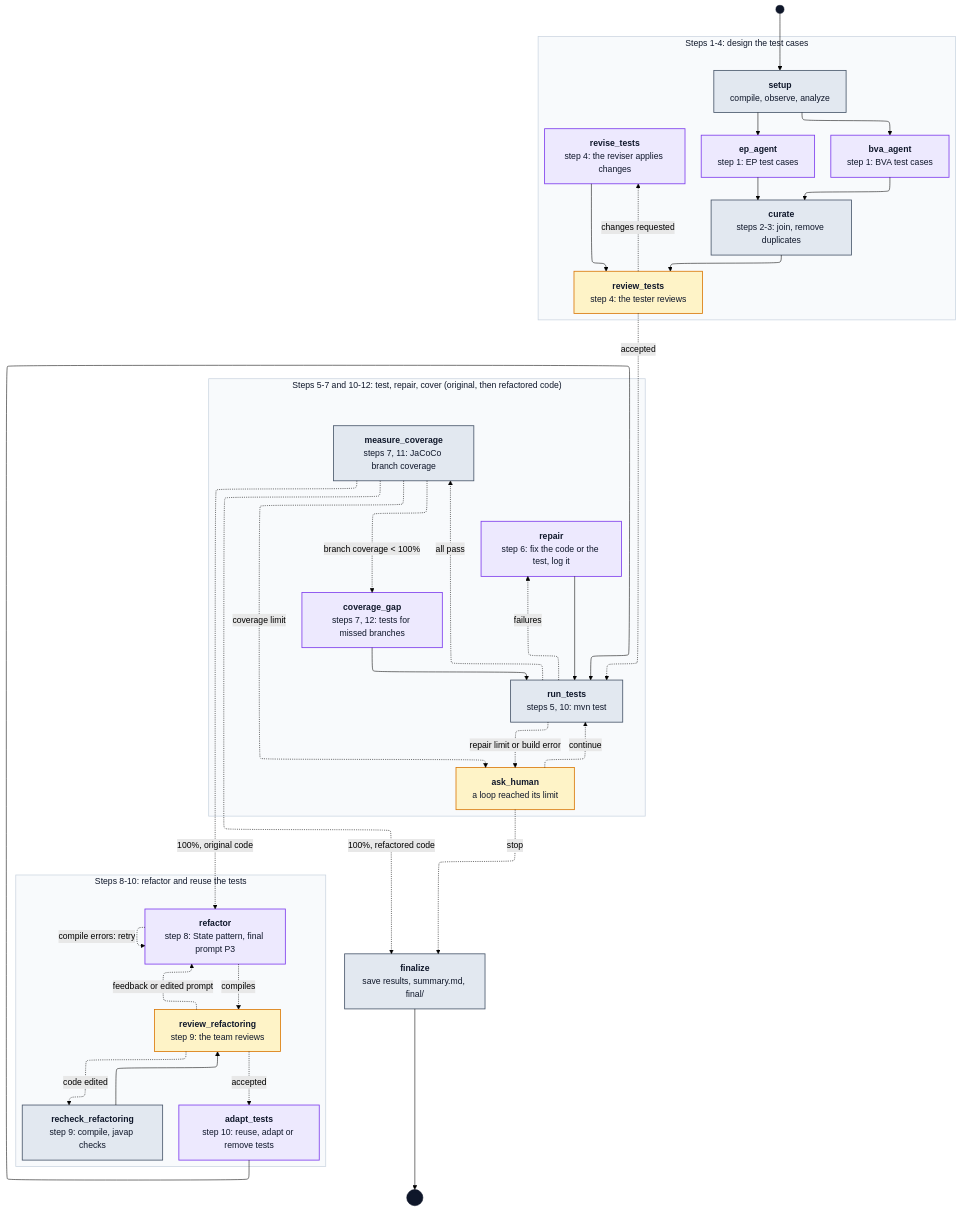
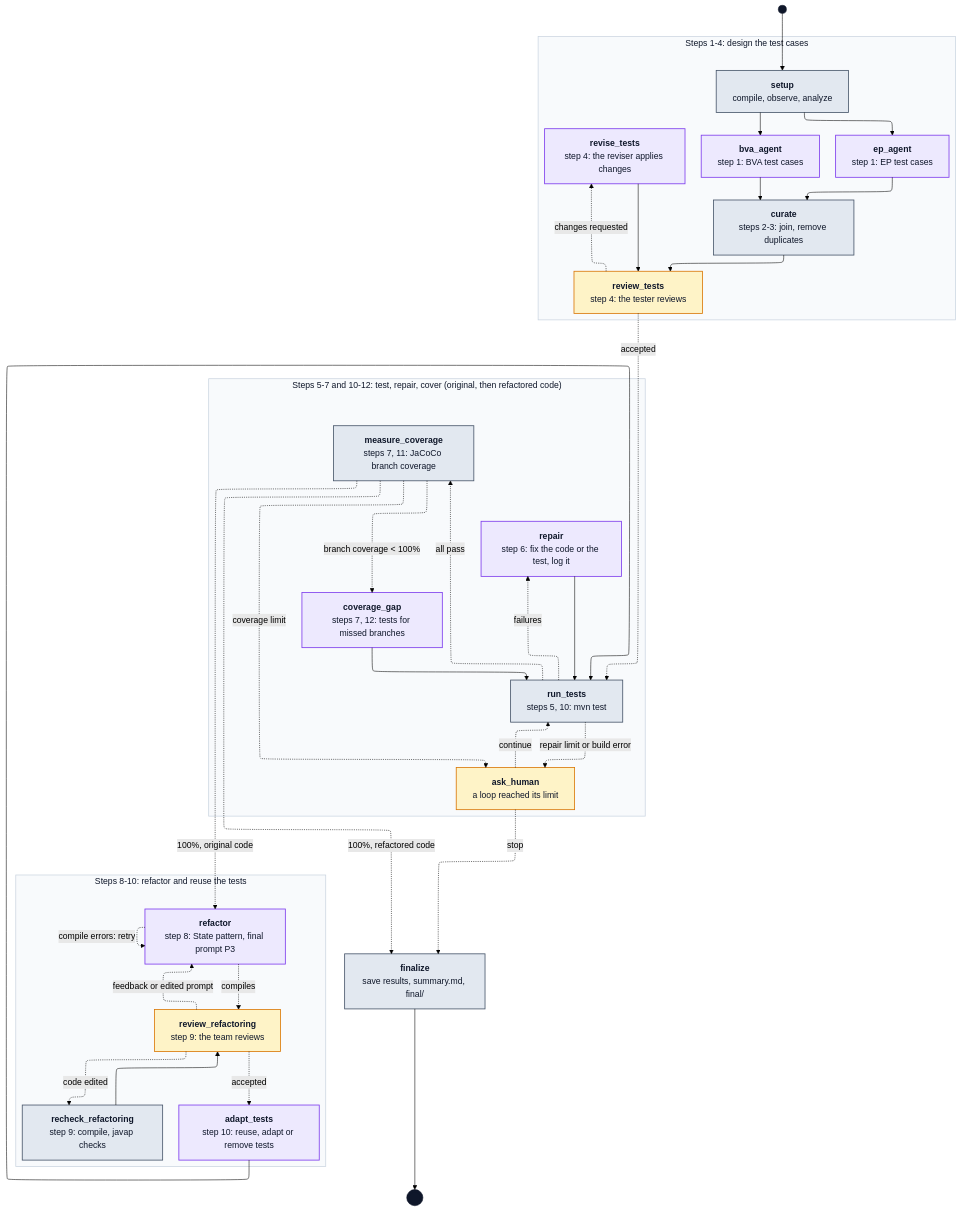
The diagram in docs/diagrams/langgraph.mmd (MangakingO/TA3-Team4-multi-agent-testing), drawn with Mermaid (forest theme) before and after one commit. The commit also changed other lines of this file and 555 other files, not shown here.

```diff
--- a/docs/diagrams/langgraph.mmd
+++ b/docs/diagrams/langgraph.mmd
@@ -1,68 +1,68 @@
 ---
 config:
   layout: elk
 ---
 flowchart TB
     START(( )):::start
     subgraph design["Steps 1-4: design the test cases"]
         direction TB
         setup["<b>setup</b><br/>compile, observe, analyze"]:::tool
         ep_agent["<b>ep_agent</b><br/>step 1: EP test cases"]:::agent
         bva_agent["<b>bva_agent</b><br/>step 1: BVA test cases"]:::agent
         curate["<b>curate</b><br/>steps 2-3: join, remove duplicates"]:::tool
         review_tests["<b>review_tests</b><br/>step 4: the tester reviews"]:::person
         revise_tests["<b>revise_tests</b><br/>step 4: the reviser applies changes"]:::agent
     end
     subgraph test["Steps 5-7 and 10-12: test, repair, cover (original, then refactored code)"]
         direction TB
         run_tests["<b>run_tests</b><br/>steps 5, 10: mvn test"]:::tool
         repair["<b>repair</b><br/>step 6: fix the code or the test, log it"]:::agent
         measure_coverage["<b>measure_coverage</b><br/>steps 7, 11: JaCoCo branch coverage"]:::tool
         coverage_gap["<b>coverage_gap</b><br/>steps 7, 12: tests for missed branches"]:::agent
         ask_human["<b>ask_human</b><br/>a loop reached its limit"]:::person
     end
     subgraph refactoring["Steps 8-10: refactor and reuse the tests"]
         direction TB
         refactor["<b>refactor</b><br/>step 8: State pattern, final prompt P3"]:::agent
         review_refactoring["<b>review_refactoring</b><br/>step 9: the team reviews"]:::person
         recheck_refactoring["<b>recheck_refactoring</b><br/>step 9: compile, javap checks"]:::tool
         adapt_tests["<b>adapt_tests</b><br/>step 10: reuse, adapt or remove tests"]:::agent
     end
     finalize["<b>finalize</b><br/>save results, summary.md, final/"]:::tool
     END((( ))):::stop
     START --> setup
+    setup --> ep_agent
+    setup --> bva_agent
+    ep_agent --> curate
+    bva_agent --> curate
+    curate --> review_tests
+    revise_tests --> review_tests
+    repair --> run_tests
+    coverage_gap --> run_tests
+    recheck_refactoring --> review_refactoring
     adapt_tests --> run_tests
-    ask_human -. "stop" .-> finalize
-    ask_human -. "continue" .-> run_tests
-    bva_agent --> curate
-    coverage_gap --> run_tests
-    curate --> review_tests
-    ep_agent --> curate
+    finalize --> END
+    review_tests -. "accepted" .-> run_tests
+    review_tests -. "changes requested" .-> revise_tests
+    run_tests -. "all pass" .-> measure_coverage
+    run_tests -. "failures" .-> repair
+    run_tests -. "repair limit or build error" .-> ask_human
+    measure_coverage -. "100%, original code" .-> refactor
+    measure_coverage -. "100%, refactored code" .-> finalize
+    measure_coverage -. "branch coverage < 100%" .-> coverage_gap
     measure_coverage -. "coverage limit" .-> ask_human
-    measure_coverage -. "branch coverage < 100%" .-> coverage_gap
-    measure_coverage -. "100%, refactored code" .-> finalize
-    measure_coverage -. "100%, original code" .-> refactor
-    recheck_refactoring --> review_refactoring
     refactor -. "compile errors: retry" .-> refactor
     refactor -. "compiles" .-> review_refactoring
-    repair --> run_tests
     review_refactoring -. "accepted" .-> adapt_tests
+    review_refactoring -. "feedback or edited prompt" .-> refactor
     review_refactoring -. "code edited" .-> recheck_refactoring
-    review_refactoring -. "feedback or edited prompt" .-> refactor
-    review_tests -. "changes requested" .-> revise_tests
-    review_tests -. "accepted" .-> run_tests
-    revise_tests --> review_tests
-    run_tests -. "repair limit or build error" .-> ask_human
-    run_tests -. "all pass" .-> measure_coverage
-    run_tests -. "failures" .-> repair
-    setup --> bva_agent
-    setup --> ep_agent
-    finalize --> END
+    ask_human -. "continue" .-> run_tests
+    ask_human -. "stop" .-> finalize
     classDef agent fill:#EDE9FE,stroke:#7C3AED,stroke-width:1.5px,color:#0F172A
+    classDef person fill:#FEF3C7,stroke:#D97706,stroke-width:1.5px,color:#0F172A
     classDef tool fill:#E2E8F0,stroke:#475569,stroke-width:1.5px,color:#0F172A
-    classDef person fill:#FEF3C7,stroke:#D97706,stroke-width:1.5px,color:#0F172A
     classDef start fill:#0F172A,stroke:#0F172A
     classDef stop fill:#0F172A,stroke:#0F172A
     style design fill:#F8FAFC,stroke:#CBD5E1,stroke-width:1.4px,color:#0F172A
     style test fill:#F8FAFC,stroke:#CBD5E1,stroke-width:1.4px,color:#0F172A
     style refactoring fill:#F8FAFC,stroke:#CBD5E1,stroke-width:1.4px,color:#0F172A
```
